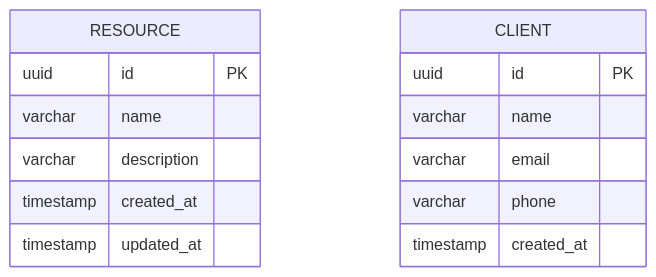
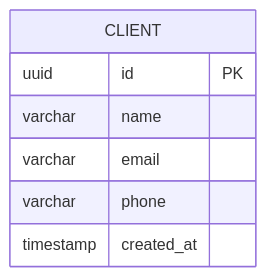
Before and after one commit to ebugedo/poc-sdd-net-core-api: the diagram in design/data-model/data-model.md, drawn with Mermaid. The commit also changed other lines of this file and 4 other files, not shown here.

````diff
--- a/design/data-model/data-model.md
+++ b/design/data-model/data-model.md
@@ -10,18 +10,10 @@
 ```mermaid
 erDiagram
-    RESOURCE {
-        uuid id PK
-        varchar name
-        varchar description
-        timestamp created_at
-        timestamp updated_at
-    }
-    
     CLIENT {
         uuid id PK
         varchar name
         varchar email
         varchar phone
         timestamp created_at
     }
 ```
````
